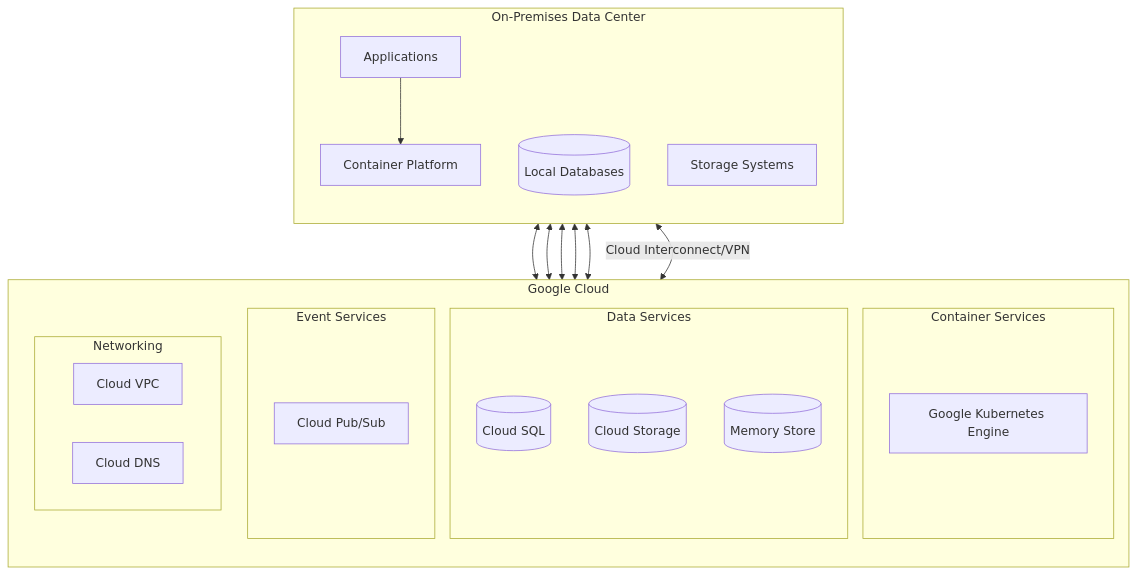
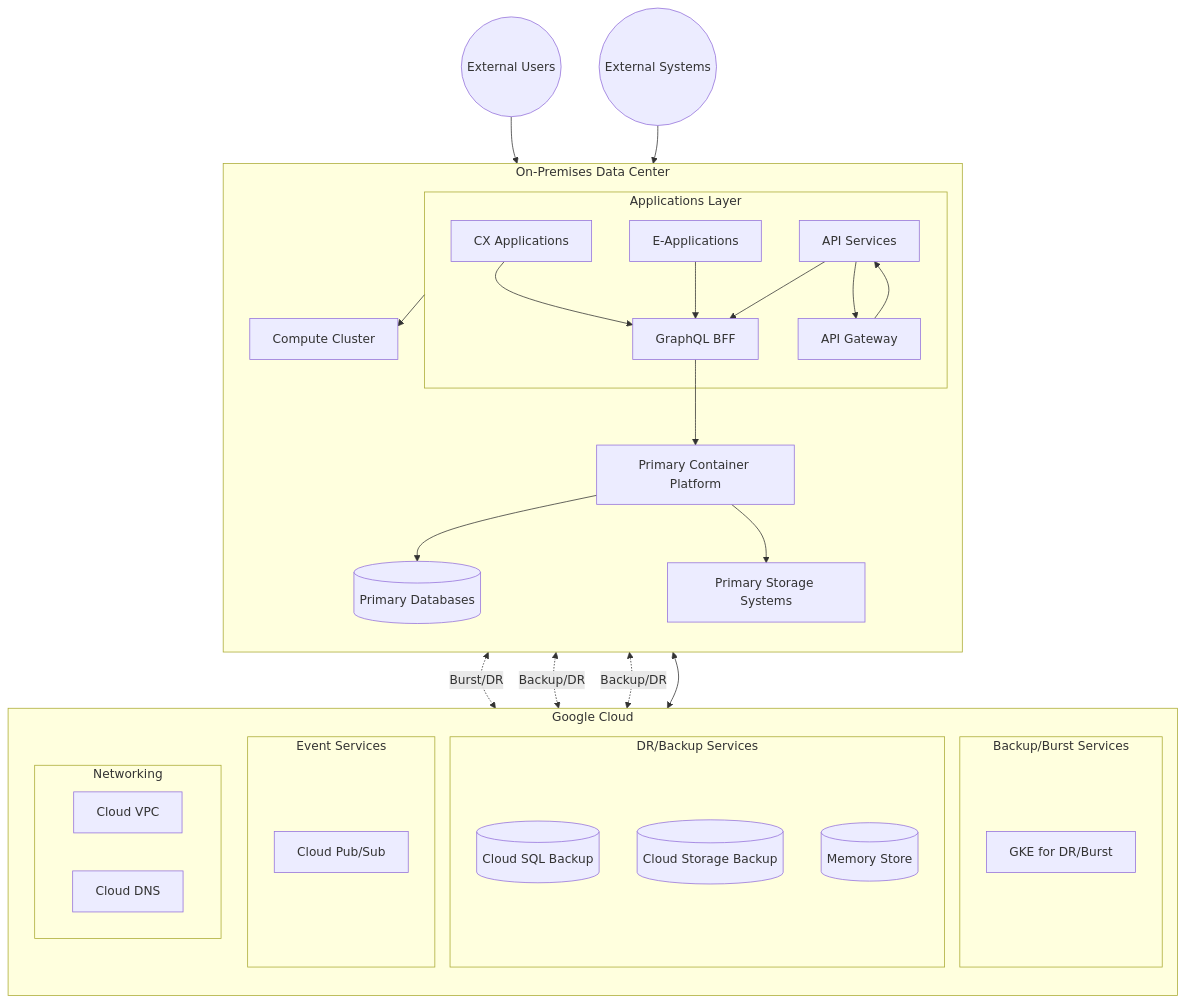
Before and after one commit to henryrestive/infra-docs: the diagram in GCP-HybridCloud.md, drawn with Mermaid. The commit also changed other lines of this file and 2 other files, not shown here.

Commit message:
Adding details of `Applications` and API Gateway

````diff
--- a/GCP-HybridCloud.md
+++ b/GCP-HybridCloud.md
@@ -8,40 +8,57 @@
 ```mermaid
 graph TB
     subgraph OnPrem[On-Premises Data Center]
         direction TB
-        Apps[Applications]
-        ContainerPlatform[Container Platform]
-        LocalDB[(Local Databases)]
-        LocalStorage[Storage Systems]
+        subgraph Apps[Applications Layer]
+            CX[CX Applications]
+            EApp[E-Applications]
+            API[API Services]
+            BFF[GraphQL BFF]
+            Gateway[API Gateway]
+        end
+        
+        ContainerPlatform[Primary Container Platform]
+        PrimaryDB[(Primary Databases)]
+        PrimaryStorage[Primary Storage Systems]
+        ComputeCluster[Compute Cluster]
     end
 
     subgraph GCP[Google Cloud]
         direction TB
-        subgraph Compute[Container Services]
-            GKE[Google Kubernetes Engine]
+        subgraph Compute[Backup/Burst Services]
+            GKE[GKE for DR/Burst]
         end
         
-        subgraph Data[Data Services]
-            CloudSQL[(Cloud SQL)]
-            CloudStorage[(Cloud Storage)]
+        subgraph Data[DR/Backup Services]
+            CloudSQL[(Cloud SQL Backup)]
+            CloudStorage[(Cloud Storage Backup)]
             MemoryStore[(Memory Store)]
         end
         
         subgraph Messaging[Event Services]
             PubSub[Cloud Pub/Sub]
         end
         
         subgraph Network[Networking]
             VPC[Cloud VPC]
             CloudDNS[Cloud DNS]
         end
     end
 
-    OnPrem <--> |Cloud Interconnect/VPN| Network
-    Apps --> ContainerPlatform
-    ContainerPlatform <--> GKE
-    LocalDB <--> CloudSQL
-    LocalStorage <--> CloudStorage
-    Apps <--> PubSub
-    ContainerPlatform <--> MemoryStore
+    ExternalUsers((External Users))
+    ExternalSystems((External Systems))
+
+    CX & EApp & API --> BFF
+    API --> Gateway
+    Gateway --> API
+    ExternalUsers --> Gateway
+    ExternalSystems --> Gateway
+    BFF --> ContainerPlatform
+    ContainerPlatform --> PrimaryDB
+    ContainerPlatform --> PrimaryStorage
+    Apps --> ComputeCluster
+    ContainerPlatform <-.->|Burst/DR| GKE
+    PrimaryDB <-.->|Backup/DR| CloudSQL
+    PrimaryStorage <-.->|Backup/DR| CloudStorage
+    API <--> PubSub
 ```
````
